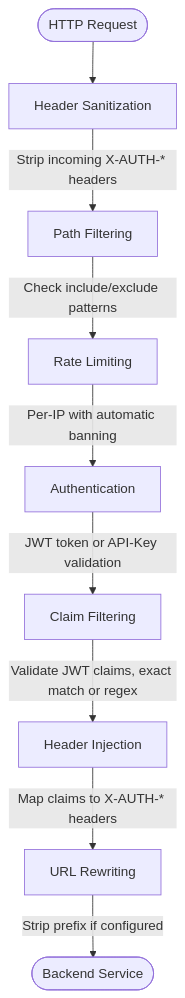
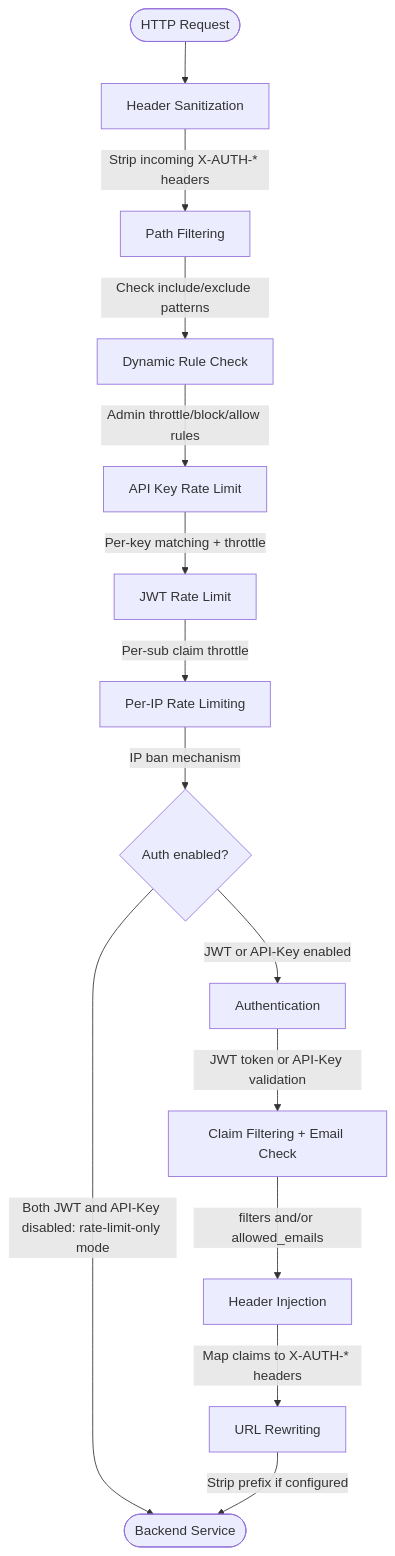
Before and after one commit to fp8/lite-auth-proxy: the diagram in README.md, drawn with Mermaid. The commit also changed other lines of this file and 41 other files, not shown here.

````diff
--- a/README.md
+++ b/README.md
@@ -250,11 +73,16 @@
 ```mermaid
 flowchart TD
     Start([HTTP Request]) --> Step1
     Step1[Header Sanitization] --> |Strip incoming X-AUTH-* headers|Step2[Path Filtering]
-    Step2 --> |Check include/exclude patterns|Step3[Rate Limiting]
-    Step3 --> |Per-IP with automatic banning|Step4[Authentication]
-    Step4 --> |JWT token or API-Key validation|Step5[Claim Filtering]
-    Step5 --> |Validate JWT claims, exact match or regex|Step6[Header Injection]
-    Step6 --> |Map claims to X-AUTH-* headers|Step7[URL Rewriting]
-    Step7 --> |Strip prefix if configured|Backend([Backend Service])
+    Step2 --> |Check include/exclude patterns|Step3[Dynamic Rule Check]
+    Step3 --> |Admin throttle/block/allow rules|Step4[API Key Rate Limit]
+    Step4 --> |Per-key matching + throttle|Step4b[JWT Rate Limit]
+    Step4b --> |Per-sub claim throttle|Step5[Per-IP Rate Limiting]
+    Step5 --> |IP ban mechanism|Step6{Auth enabled?}
+    Step6 --> |Both JWT and API-Key disabled: rate-limit-only mode|Backend
+    Step6 --> |JWT or API-Key enabled|Step7[Authentication]
+    Step7 --> |JWT token or API-Key validation|Step8[Claim Filtering + Email Check]
+    Step8 --> |filters and/or allowed_emails|Step9[Header Injection]
+    Step9 --> |Map claims to X-AUTH-* headers|Step10[URL Rewriting]
+    Step10 --> |Strip prefix if configured|Backend([Backend Service])
 ```
````
